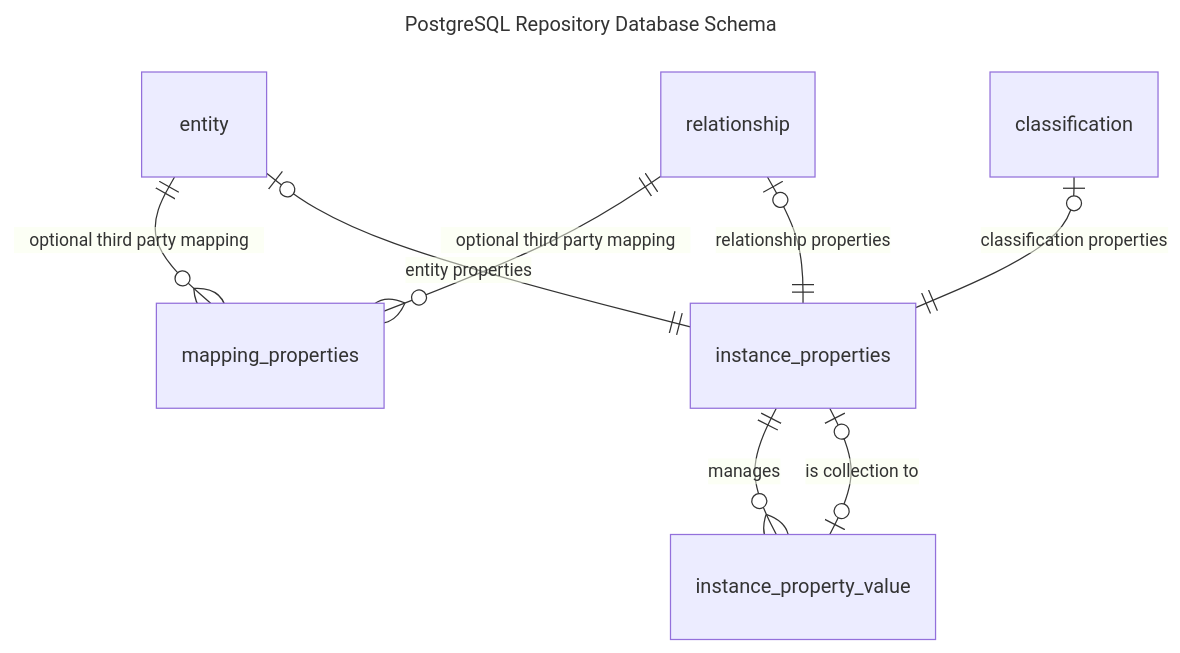
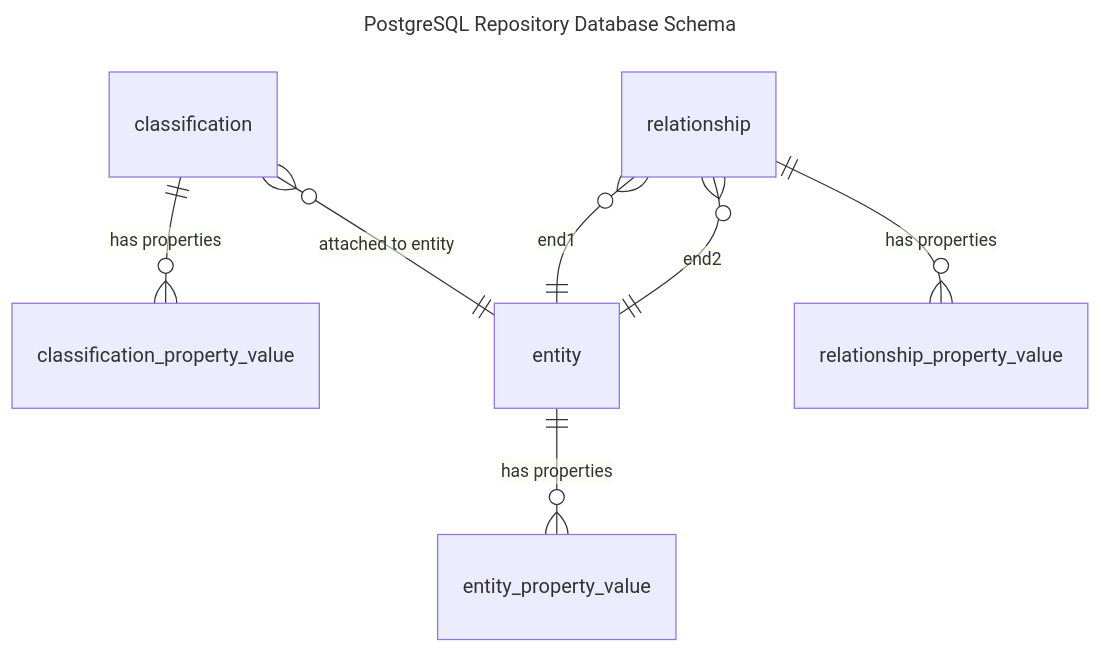
The diagram in site/docs/connectors/repository/postgres/overview.md (odpi/egeria-docs), drawn with Mermaid before and after one commit. The commit also changed other lines of this file and 22 other files, not shown here.

````diff
--- a/site/docs/connectors/repository/postgres/overview.md
+++ b/site/docs/connectors/repository/postgres/overview.md
@@ -25,16 +25,19 @@
 ```mermaid
 ---
 title: PostgreSQL Repository Database Schema
 ---
 
 erDiagram
-    entity ||--o{ mapping_properties : "optional third party mapping"
-    relationship ||--o{ mapping_properties : "optional third party mapping"
-    entity |o--|| instance_properties : "entity properties"
-    classification |o--|| instance_properties : "classification properties"
-    relationship |o--|| instance_properties : "relationship properties"
 
-    instance_properties ||--o{ instance_property_value : manages
-    instance_property_value |o--o| instance_properties : "is collection to"
-   
+    classification ||--o{ classification_property_value : "has properties"
+    classification }o--|| entity : "attached to entity"
+    
+    entity ||--o{ entity_property_value : "has properties"
+
+    relationship ||--o{ relationship_property_value : "has properties"
+    relationship }o--|| entity : end1
+    relationship }o--|| entity : end2
+
+    
+
 ```
````
